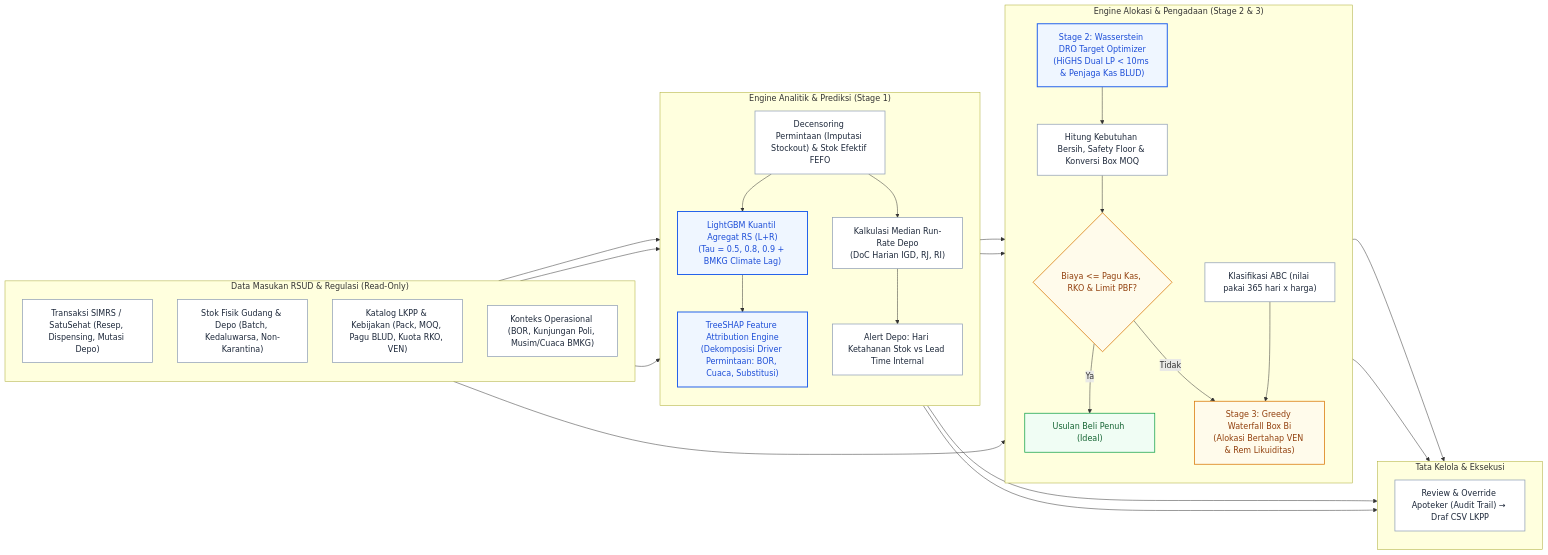
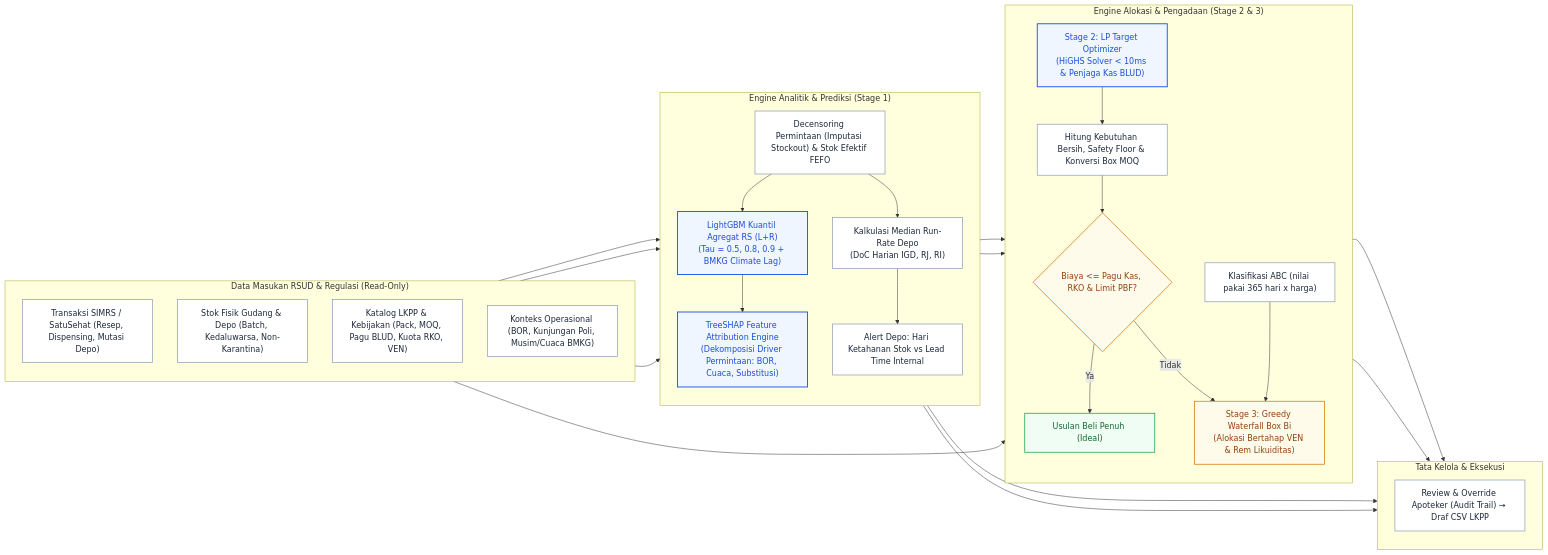
Before and after one commit to gimigkk/sediantara-research: the second of 3 diagrams in projectfarmasi.md, drawn with Mermaid. The commit also changed other lines of this file, not shown here.

Commit message:
refactor(spec): streamline Stage 2 to practical LP budget optimizer and refine evaluation analysis

````diff
--- a/projectfarmasi.md
+++ b/projectfarmasi.md
@@ -348,65 +348,65 @@
 ```mermaid
 flowchart LR
     classDef default fill:#ffffff,stroke:#94a3b8,stroke-width:1.5px,color:#1e293b;
     classDef ai fill:#eff6ff,stroke:#2563eb,stroke-width:2px,color:#1d4ed8;
     classDef warn fill:#fffbeb,stroke:#d97706,stroke-width:1.5px,color:#92400e;
     classDef success fill:#f0fdf4,stroke:#16a34a,stroke-width:1.5px,color:#166534;
 
     subgraph Data ["Data Masukan RSUD & Regulasi (Read-Only)"]
         direction TB
         D1["Transaksi SIMRS / SatuSehat (Resep, Dispensing, Mutasi Depo)"]
         D2["Stok Fisik Gudang & Depo (Batch, Kedaluwarsa, Non-Karantina)"]
         D3["Katalog LKPP & Kebijakan (Pack, MOQ, Pagu BLUD, Kuota RKO, VEN)"]
         D4["Konteks Operasional (BOR, Kunjungan Poli, Musim/Cuaca BMKG)"]
     end
 
     subgraph Analytics ["Engine Analitik & Prediksi (Stage 1)"]
         direction TB
         PRE["Decensoring Permintaan (Imputasi Stockout) & Stok Efektif FEFO"]
         
         RUNRATE_DEPO["Kalkulasi Median Run-Rate Depo<br/>(DoC Harian IGD, RJ, RI)"]
         LGB_RS["LightGBM Kuantil Agregat RS (L+R)<br/>(Tau = 0.5, 0.8, 0.9 + BMKG Climate Lag)"]:::ai
         SHAP["TreeSHAP Feature Attribution Engine<br/>(Dekomposisi Driver Permintaan: BOR, Cuaca, Substitusi)"]:::ai
         
         ALERT["Alert Depo: Hari Ketahanan Stok vs Lead Time Internal"]
         
         PRE --> RUNRATE_DEPO
         PRE --> LGB_RS
         LGB_RS --> SHAP
         RUNRATE_DEPO --> ALERT
     end
 
     subgraph Allocation ["Engine Alokasi & Pengadaan (Stage 2 & 3)"]
         direction TB
-        LP_OPT["Stage 2: Wasserstein DRO Target Optimizer<br/>(HiGHS Dual LP &lt; 10ms &amp; Penjaga Kas BLUD)"]:::ai
+        LP_OPT["Stage 2: LP Target Optimizer<br/>(HiGHS Solver &lt; 10ms &amp; Penjaga Kas BLUD)"]:::ai
         CALC["Hitung Kebutuhan Bersih, Safety Floor & Konversi Box MOQ"]
         CEK{"Biaya &lt;= Pagu Kas, RKO & Limit PBF?"}:::warn
         FULL["Usulan Beli Penuh (Ideal)"]:::success
         WATERFALL["Stage 3: Greedy Waterfall Box Bi<br/>(Alokasi Bertahap VEN &amp; Rem Likuiditas)"]:::warn
         ABC["Klasifikasi ABC (nilai pakai 365 hari x harga)"]
         
         LGB_RS --> LP_OPT
         LP_OPT --> CALC
         CALC --> CEK
         CEK -- "Ya" --> FULL
         CEK -- "Tidak" --> WATERFALL
         ABC --> WATERFALL
     end
 
     subgraph Execution ["Tata Kelola & Eksekusi"]
         direction TB
         EXEC["Review & Override Apoteker (Audit Trail) → Draf CSV LKPP"]
     end
 
     D1 --> PRE
     D2 --> PRE
     D3 --> CALC
     PRE --> ABC
     D4 --> LGB_RS
     
     SHAP --> EXEC
     ALERT --> EXEC
     
     FULL --> EXEC
     WATERFALL --> EXEC
 ```
````
